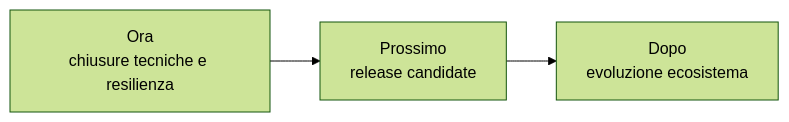
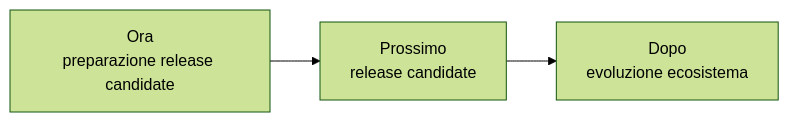
The diagram in docs/project/roadmap.md (Fubeo/Fub), drawn with Mermaid (forest theme) before and after one commit. The commit also changed other lines of this file and 2 other files, not shown here.

````diff
--- a/docs/project/roadmap.md
+++ b/docs/project/roadmap.md
@@ -9,7 +9,7 @@
 ```mermaid
 flowchart LR
-    NOW["Ora<br/>chiusure tecniche e resilienza"]
+    NOW["Ora<br/>preparazione release candidate"]
     RC["Prossimo<br/>release candidate"]
     LATER["Dopo<br/>evoluzione ecosistema"]
     NOW --> RC --> LATER
 ```
````
